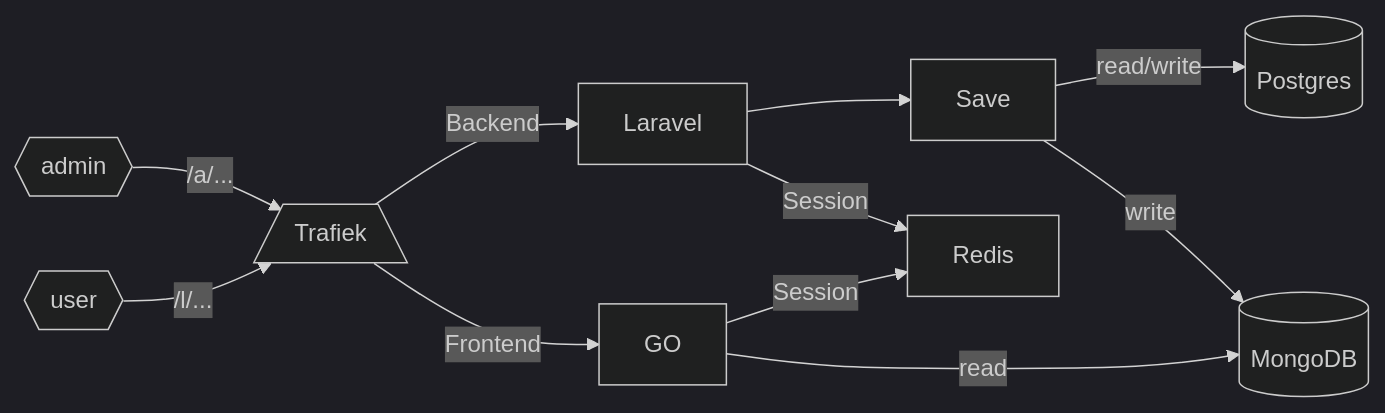
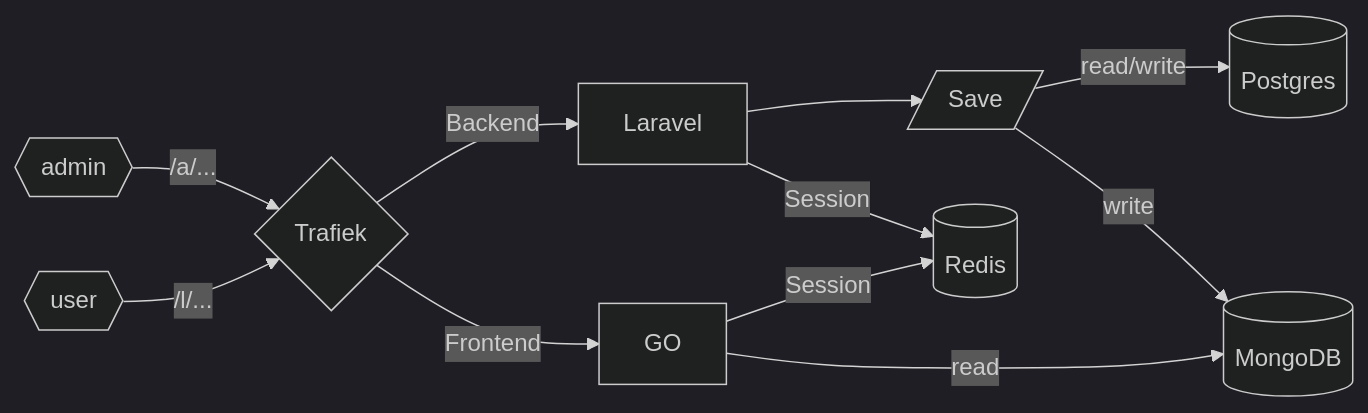
Before and after one commit to MonkoftheFunk/Job-Post: the diagram in README.md, drawn with Mermaid (dark theme).

Commit message:
update flowchart to README.md

````diff
--- a/README.md
+++ b/README.md
@@ -41,12 +41,12 @@
 ```mermaid
 flowchart LR
     admin{{admin}}-->|"/a/..."|Trafiek
     Trafiek-->|"Backend"|Laravel
-    Laravel-->Save
-    Laravel-->|"Session"|Redis
+    Laravel-->Save[/Save/]
+    Laravel-->|"Session"|Redis[(Redis)]
     Save-->|"read/write"|Postgres[(Postgres)]
     Save-->|"write"|MongoDB[(MongoDB)]
-    user{{user}}-->|"/l/..."|Trafiek[/Trafiek\]
+    user{{user}}-->|"/l/..."|Trafiek{Trafiek}
     Trafiek-->|"Frontend"|GO-->|"read"|MongoDB[(MongoDB)]
     GO-->|"Session"|Redis
 ```
````
